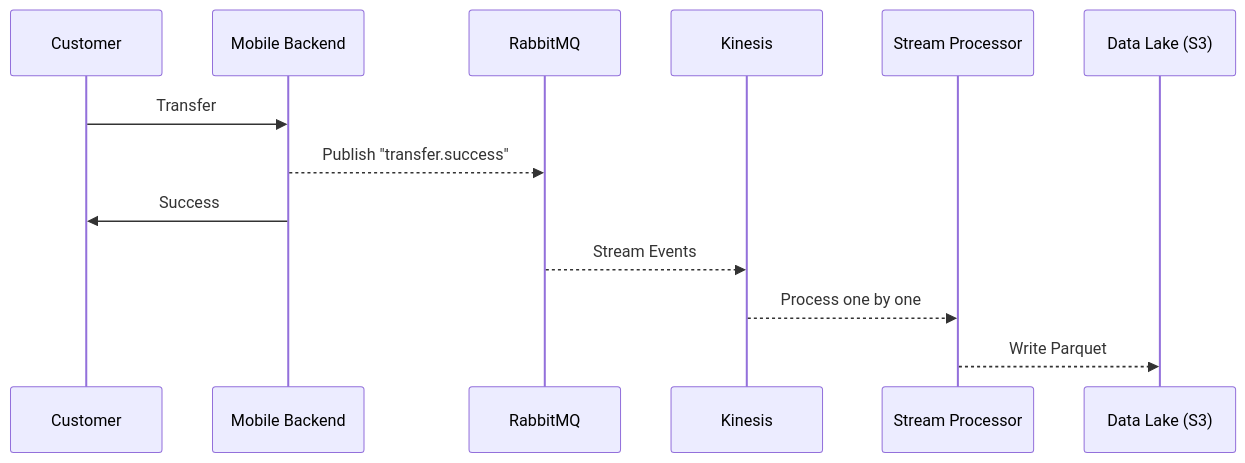
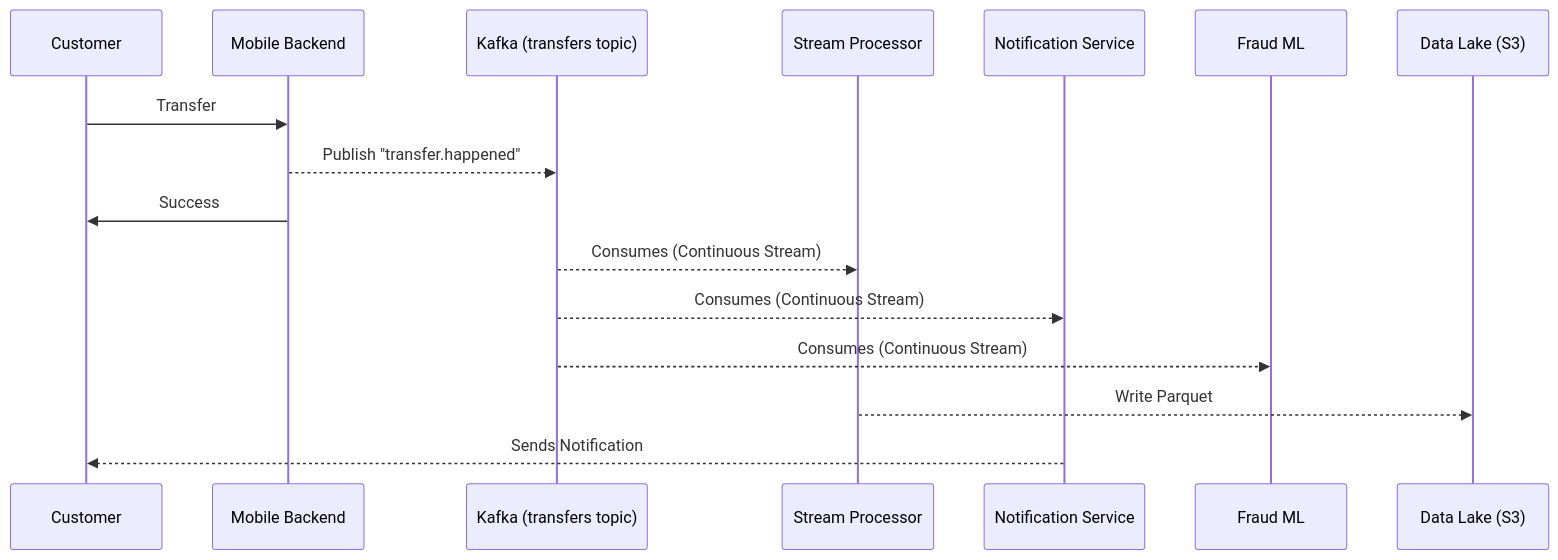
The diagram in diagrams/data-movement/analytics-pipeline.md (juanibe/neobank-software-architecture), drawn with Mermaid before and after one commit.

Commit message:
docs: changed rabbitmq for kafka

````diff
--- a/diagrams/data-movement/analytics-pipeline.md
+++ b/diagrams/data-movement/analytics-pipeline.md
@@ -1,9 +1,11 @@
 ```mermaid
 sequenceDiagram
-    Customer           ->>   Mobile Backend   :         Transfer
-    Mobile Backend     -->>  RabbitMQ         :         Publish "transfer.success" 
-    Mobile Backend     ->>   Customer         :         Success
-    RabbitMQ           -->>  Kinesis          :         Stream Events
-    Kinesis            -->>  Stream Processor :         Process one by one
-    Stream Processor   -->>  Data Lake (S3)   :         Write Parquet
+    Customer                            ->>   Mobile Backend                  :         Transfer
+    Mobile Backend                      -->>  Kafka (transfers topic)         :         Publish "transfer.happened" 
+    Mobile Backend                      ->>   Customer                        :         Success
+    Kafka (transfers topic)             -->>  Stream Processor                :         Consumes (Continuous Stream)
+    Kafka (transfers topic)             -->>  Notification Service            :         Consumes (Continuous Stream)
+    Kafka (transfers topic)             -->>  Fraud ML                        :         Consumes (Continuous Stream)
+    Stream Processor                    -->>  Data Lake (S3)                  :         Write Parquet
+    Notification Service                -->>  Customer                        :         Sends Notification
 ```
````
